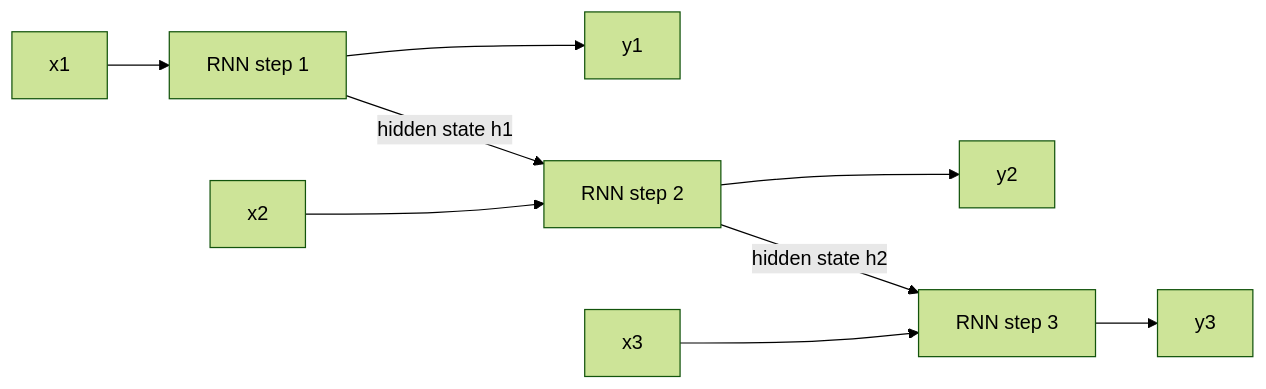
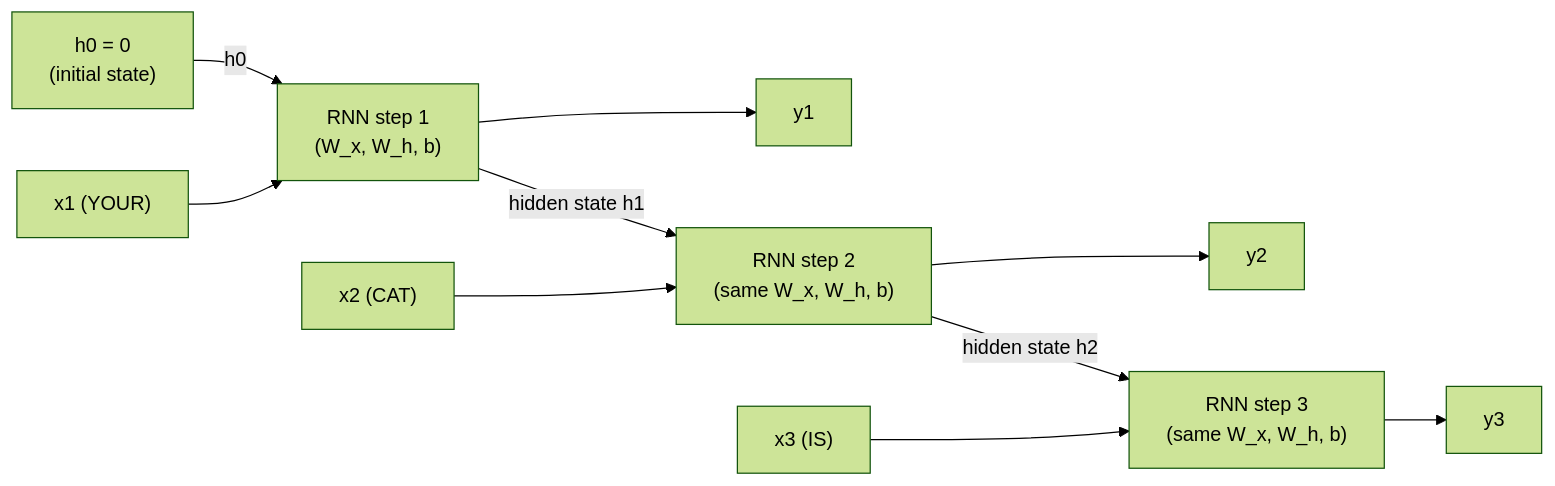
The eighth of 10 diagrams in docs/00-introduction.md (alex2t/how-llms-work), drawn with Mermaid (forest theme) before and after one commit. The commit also changed other lines of this file and 3 other files, not shown here.

````diff
--- a/docs/00-introduction.md
+++ b/docs/00-introduction.md
@@ -394,8 +623,9 @@
 ```mermaid
 flowchart LR
-  x1[x1] --> R1[RNN step 1] --> y1[y1]
-  x2[x2] --> R2[RNN step 2] --> y2[y2]
-  x3[x3] --> R3[RNN step 3] --> y3[y3]
+  h0["h0 = 0<br/>(initial state)"] -- "h0" --> R1
+  x1["x1 (YOUR)"] --> R1["RNN step 1<br/>(W_x, W_h, b)"] --> y1["y1"]
+  x2["x2 (CAT)"] --> R2["RNN step 2<br/>(same W_x, W_h, b)"] --> y2["y2"]
+  x3["x3 (IS)"] --> R3["RNN step 3<br/>(same W_x, W_h, b)"] --> y3["y3"]
   R1 -- "hidden state h1" --> R2
   R2 -- "hidden state h2" --> R3
 ```
````
